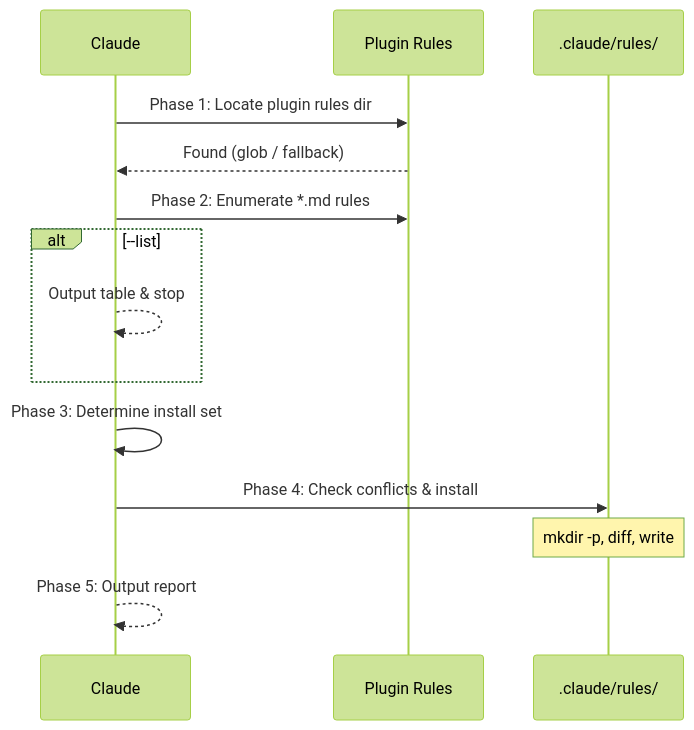
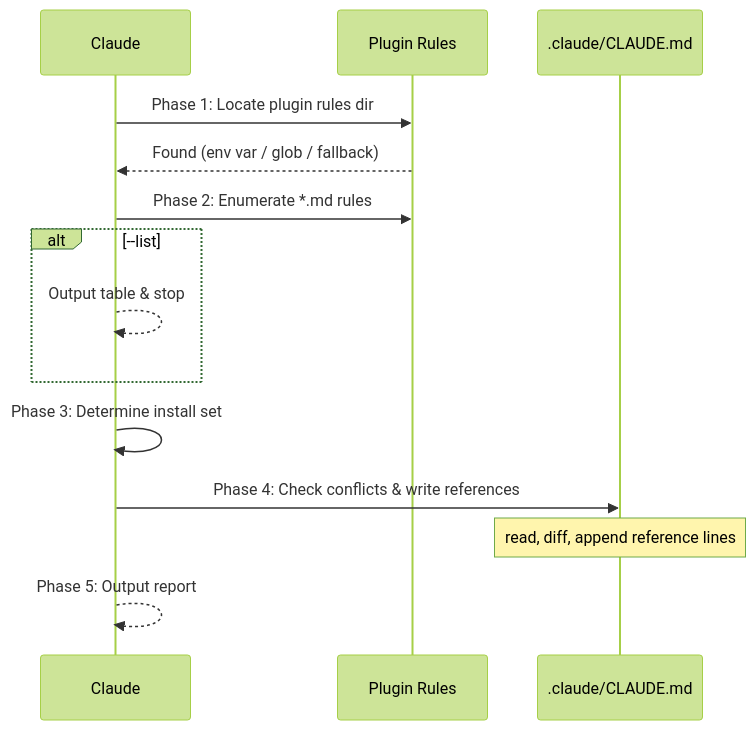
Before and after one commit to hmj1026/dhpk: the diagram in commands/install-rules.md, drawn with Mermaid (forest theme). The commit also changed other lines of this file and 7 other files, not shown here.

````diff
--- a/commands/install-rules.md
+++ b/commands/install-rules.md
@@ -21,17 +21,17 @@
 ```mermaid
 sequenceDiagram
     participant C as Claude
     participant P as Plugin Rules
-    participant T as .claude/rules/
+    participant T as .claude/CLAUDE.md
 
     C->>P: Phase 1: Locate plugin rules dir
-    P-->>C: Found (glob / fallback)
+    P-->>C: Found (env var / glob / fallback)
     C->>P: Phase 2: Enumerate *.md rules
     alt --list
         C-->>C: Output table & stop
     end
     C->>C: Phase 3: Determine install set
-    C->>T: Phase 4: Check conflicts & install
-    Note over T: mkdir -p, diff, write
+    C->>T: Phase 4: Check conflicts & write references
+    Note over T: read, diff, append reference lines
     C-->>C: Phase 5: Output report
 ```
````
